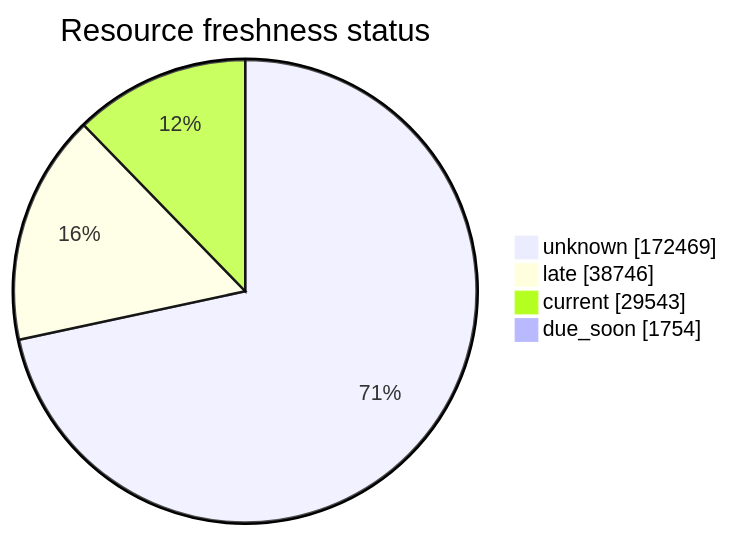
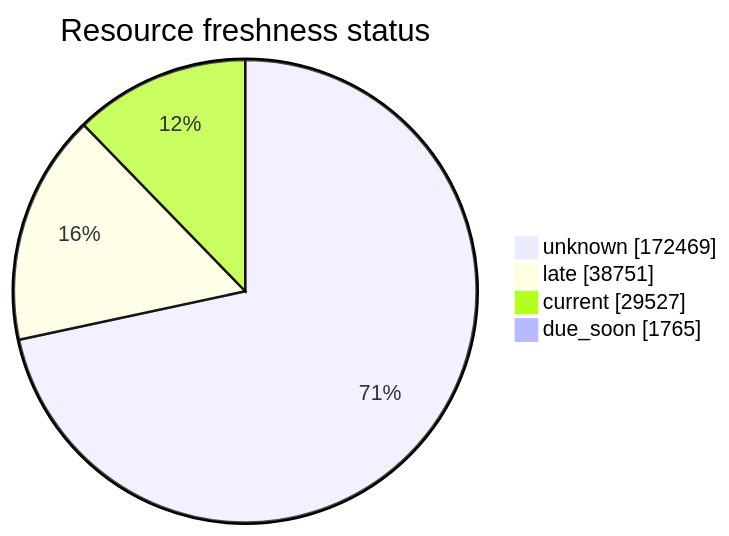
The third of 5 diagrams in FreshCheck/README.md (open-data/analytics-corporate-reporting), drawn with Mermaid before and after one commit. The commit also changed other lines of this file and 3 other files, not shown here.

````diff
--- a/FreshCheck/README.md
+++ b/FreshCheck/README.md
@@ -77,7 +77,7 @@
 ```mermaid
 pie showData title Resource freshness status
     "unknown": 172469
-    "late": 38746
-    "current": 29543
-    "due_soon": 1754
+    "late": 38751
+    "current": 29527
+    "due_soon": 1765
 ```
````
